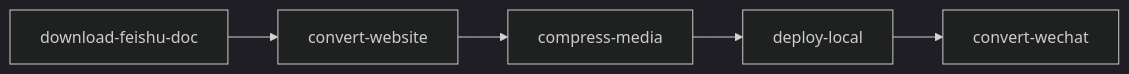
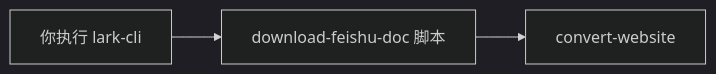
Before and after one commit to dinghongfei/xiaoqi: the diagram in skills/download-feishu-doc/SKILL.md, drawn with Mermaid (dark theme). The commit also changed other lines of this file and 64 other files, not shown here.

````diff
--- a/skills/download-feishu-doc/SKILL.md
+++ b/skills/download-feishu-doc/SKILL.md
@@ -31,7 +31,5 @@
 ```mermaid
 flowchart LR
-  dl[download-feishu-doc] --> cw[convert-website]
-  cw --> cm[compress-media]
-  cm --> loc[deploy-local]
-  loc --> wx[convert-wechat]
+  cli[你执行 lark-cli] --> dl[download-feishu-doc 脚本]
+  dl --> cw[convert-website]
 ```
````
